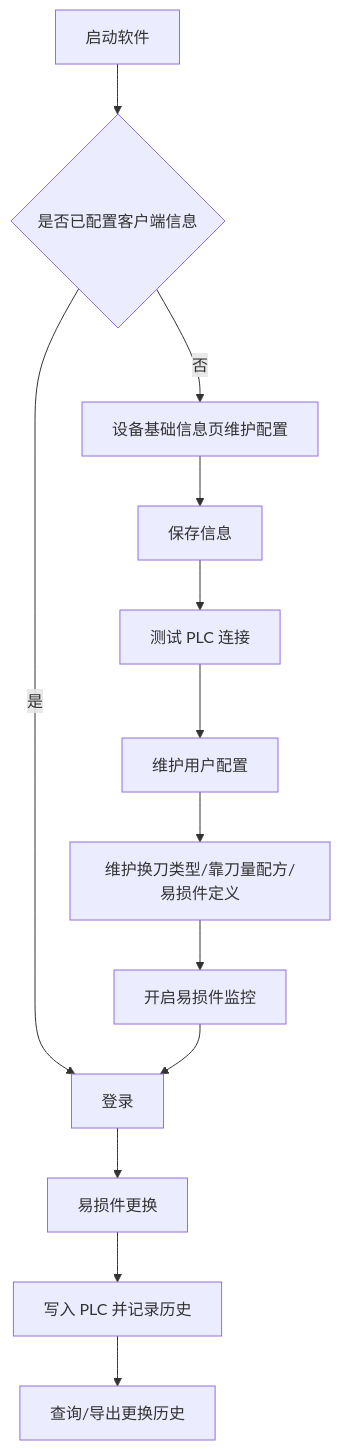
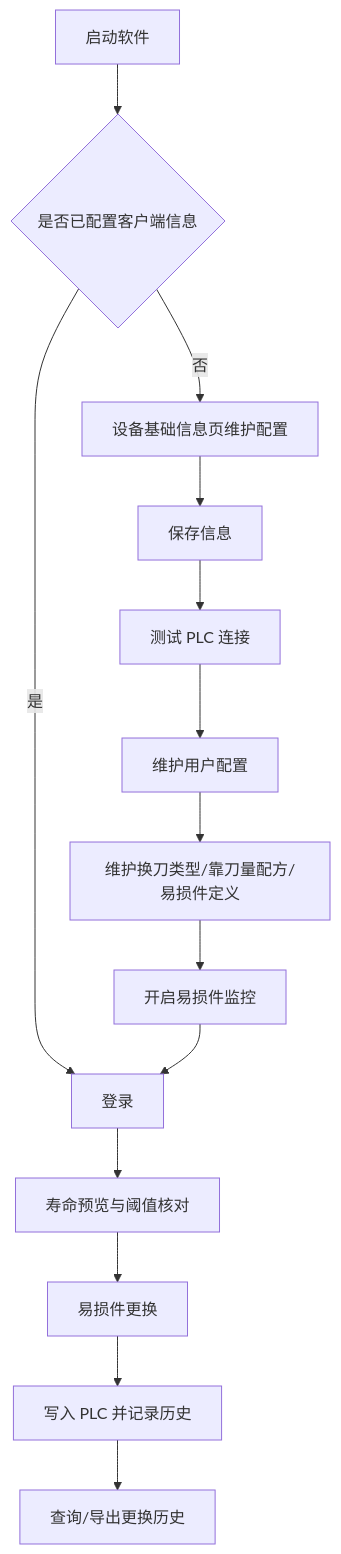
The diagram in docs/易损件管理软件操作手册.md (FlyingEyeOrg/WearPartsControl), drawn with Mermaid before and after one commit. The commit also changed other lines of this file, not shown here.

````diff
--- a/docs/易损件管理软件操作手册.md
+++ b/docs/易损件管理软件操作手册.md
@@ -63,15 +64,16 @@
 ```mermaid
 flowchart TD
     A[启动软件] --> B{是否已配置客户端信息}
     B -- 否 --> C[设备基础信息页维护配置]
     C --> D[保存信息]
     D --> E[测试 PLC 连接]
     B -- 是 --> F[登录]
     E --> G[维护用户配置]
     G --> H[维护换刀类型/靠刀量配方/易损件定义]
     H --> I[开启易损件监控]
     I --> F
-    F --> J[易损件更换]
-    J --> K[写入 PLC 并记录历史]
-    K --> L[查询/导出更换历史]
+    F --> J[寿命预览与阈值核对]
+    J --> K[易损件更换]
+    K --> L[写入 PLC 并记录历史]
+    L --> M[查询/导出更换历史]
 ```
````
